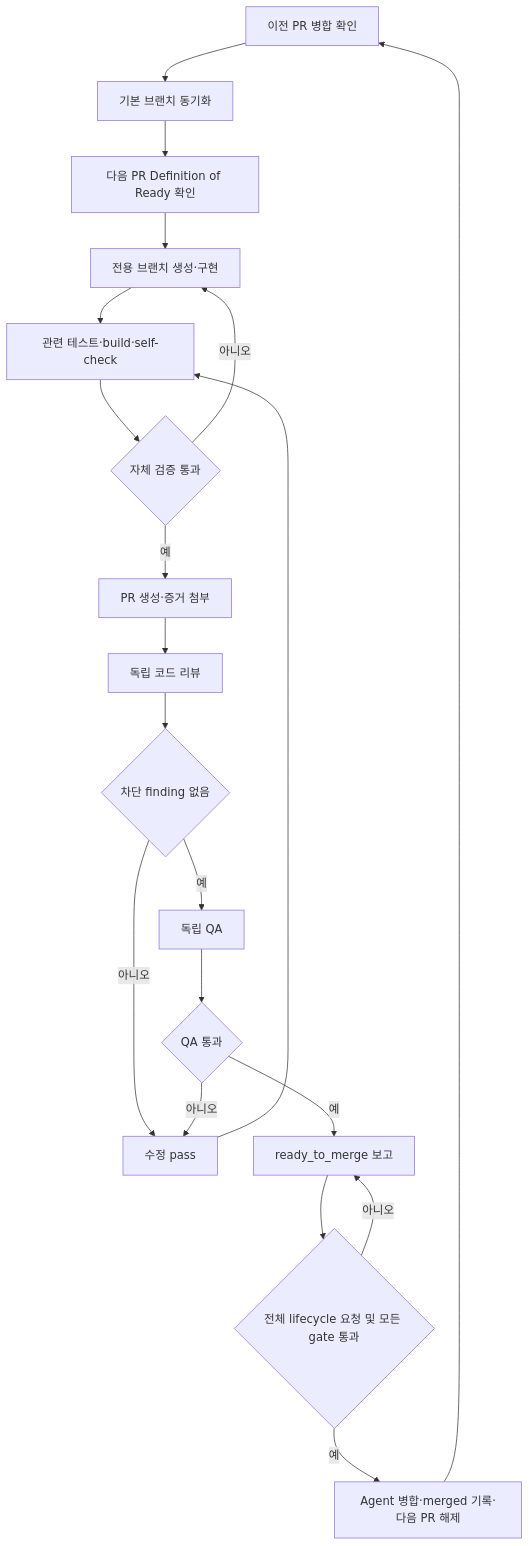
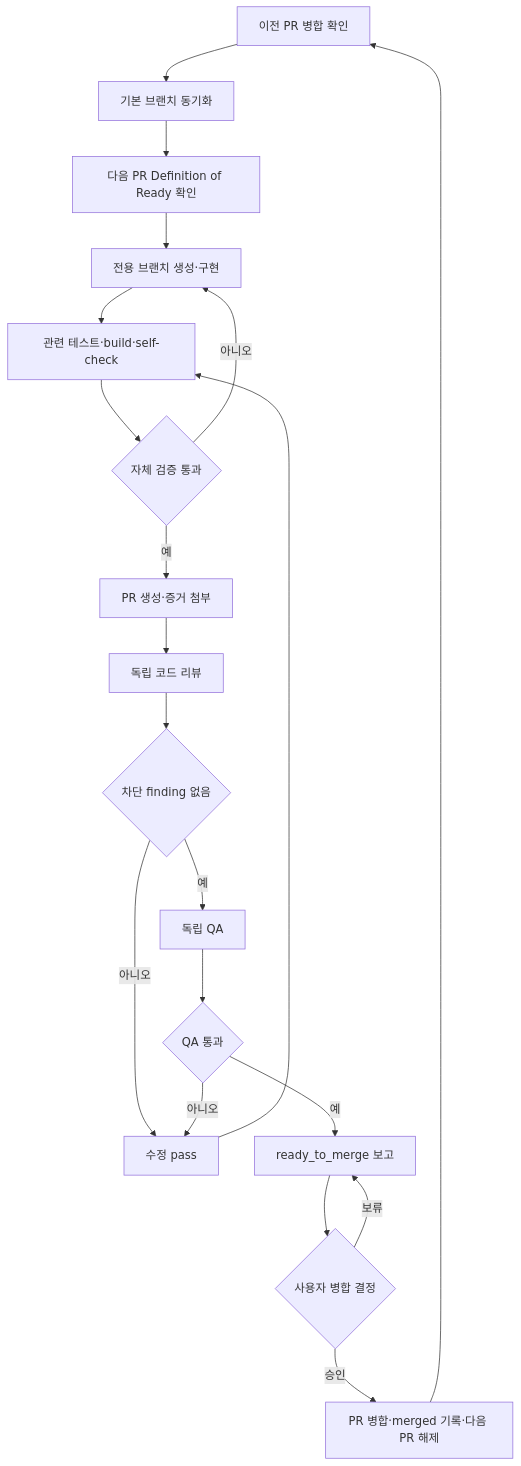
One commit to donghyunlee-dev/ai-agent-blueprint changed the diagram in docs/delivery/development-pr-review-qa-workflow.md. Above: the diagram before and after it, drawn with Mermaid. The commit also changed other lines of this file and 20 other files, not shown here.

````diff
--- a/docs/delivery/development-pr-review-qa-workflow.md
+++ b/docs/delivery/development-pr-review-qa-workflow.md
@@ -65,22 +65,22 @@
 ```mermaid
 flowchart TD
     A[이전 PR 병합 확인] --> B[기본 브랜치 동기화]
     B --> C[다음 PR Definition of Ready 확인]
     C --> D[전용 브랜치 생성·구현]
     D --> E[관련 테스트·build·self-check]
     E --> F{자체 검증 통과}
     F -- 아니오 --> D
     F -- 예 --> G[PR 생성·증거 첨부]
     G --> H[독립 코드 리뷰]
     H --> I{차단 finding 없음}
     I -- 아니오 --> J[수정 pass]
     J --> E
     I -- 예 --> K[독립 QA]
     K --> L{QA 통과}
     L -- 아니오 --> J
     L -- 예 --> M[ready_to_merge 보고]
-    M --> N{전체 lifecycle 요청 및 모든 gate 통과}
-    N -- 아니오 --> M
-    N -- 예 --> O[Agent 병합·merged 기록·다음 PR 해제]
+    M --> N{사용자 병합 결정}
+    N -- 보류 --> M
+    N -- 승인 --> O[PR 병합·merged 기록·다음 PR 해제]
     O --> A
 ```
````
